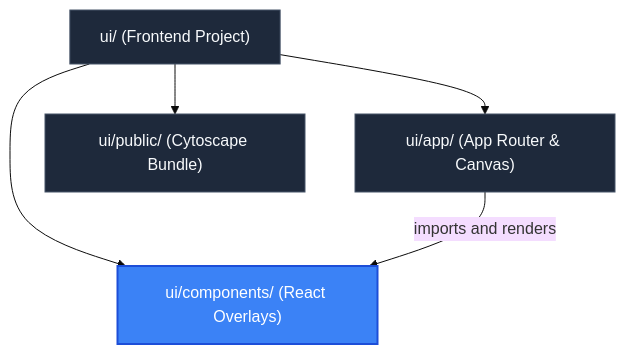
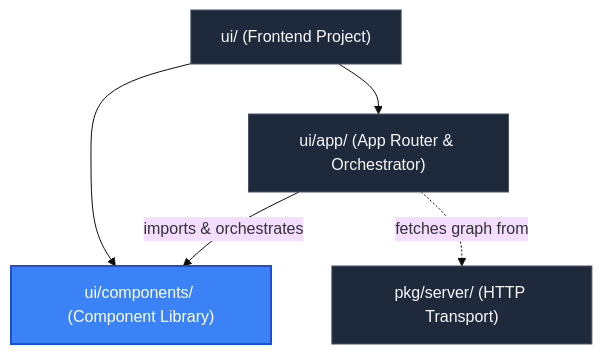
The fourth of 4 diagrams in ui/components/README.md (AatirNadim/plan-parse), drawn with Mermaid (base theme) before and after one commit. The commit also changed other lines of this file and 6 other files, not shown here.

First line of the commit message:
refactor: Revamp UI documentation and component architecture for Developer Workbench

````diff
--- a/ui/components/README.md
+++ b/ui/components/README.md
@@ -143,16 +215,15 @@
 ```mermaid
 flowchart TD
     UI["ui/ (Frontend Project)"]:::node
-    UI_COMPONENTS["ui/components/ (React Overlays)"]:::current
-    UI_APP["ui/app/ (App Router & Canvas)"]:::node
-    UI_PUBLIC["ui/public/ (Cytoscape Bundle)"]:::node
+    COMPONENTS["ui/components/ (Component Library)"]:::current
+    APP["ui/app/ (App Router & Orchestrator)"]:::node
+    SERVER["pkg/server/ (HTTP Transport)"]:::node
 
-    UI --> UI_COMPONENTS
-    UI --> UI_APP
-    UI --> UI_PUBLIC
-
-    UI_APP -->|imports and renders| UI_COMPONENTS
+    UI --> APP
+    UI --> COMPONENTS
+    APP -->|imports & orchestrates| COMPONENTS
+    APP -.->|fetches graph from| SERVER
 
     classDef current fill:#3b82f6,stroke:#1d4ed8,stroke-width:2px,color:#ffffff;
     classDef node fill:#1e293b,stroke:#475569,stroke-width:1px,color:#f8fafc;
 ```
````
